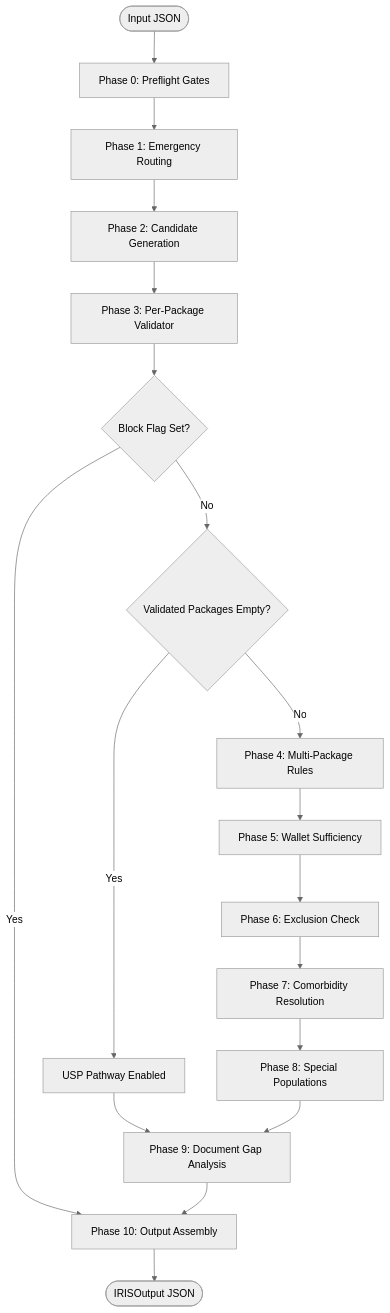
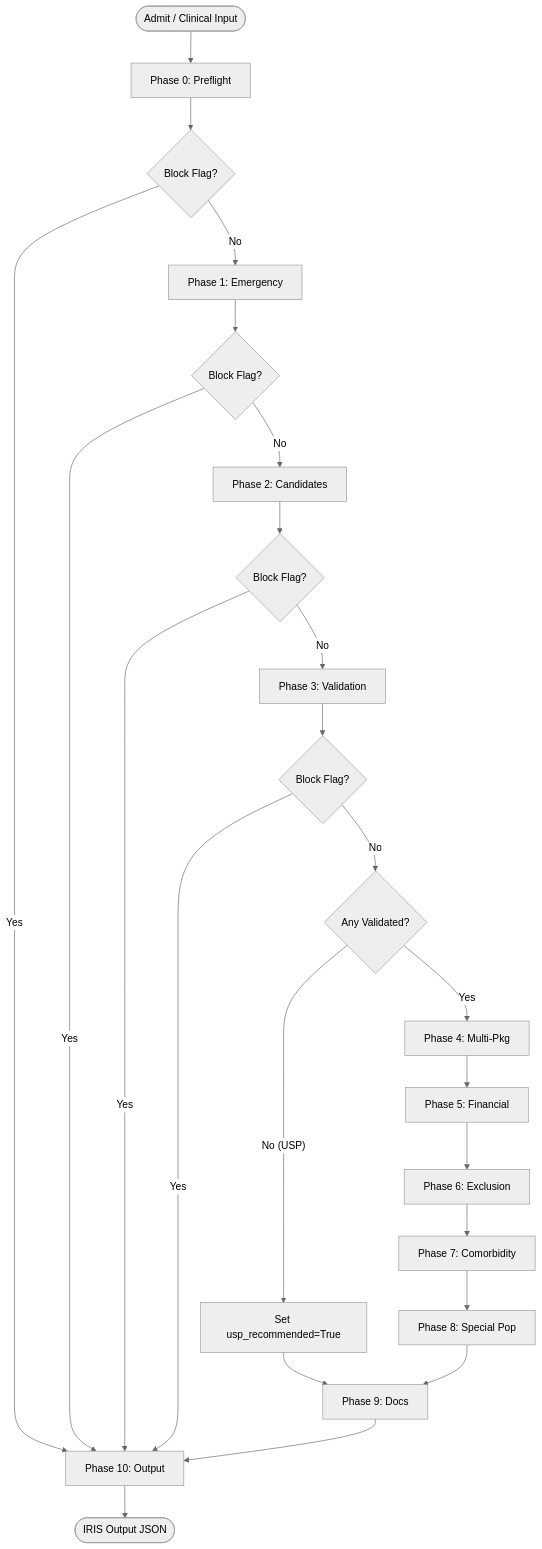
One commit to Hanneeth/1hat-phase-1 changed the diagram in SYSTEM_DESIGN.md. Above: the diagram before and after it, drawn with Mermaid (neutral theme). The commit also changed other lines of this file and 39 other files, not shown here.

````diff
--- a/SYSTEM_DESIGN.md
+++ b/SYSTEM_DESIGN.md
@@ -11,24 +22,29 @@
 ```mermaid
 flowchart TD
-    Start([Input JSON]) --> P0[Phase 0: Preflight Gates]
-    P0 --> P1[Phase 1: Emergency Routing]
-    P1 --> P2[Phase 2: Candidate Generation]
-    P2 --> P3[Phase 3: Per-Package Validator]
+    Start([Admit / Clinical Input]) --> P0[Phase 0: Preflight]
+    P0 --> C0{Block Flag?}
+    C0 -- Yes --> P10[Phase 10: Output]
+    C0 -- No --> P1[Phase 1: Emergency]
+    P1 --> C1{Block Flag?}
+    C1 -- Yes --> P10
+    C1 -- No --> P2[Phase 2: Candidates]
+    P2 --> C2{Block Flag?}
+    C2 -- Yes --> P10
+    C2 -- No --> P3[Phase 3: Validation]
+    P3 --> C3{Block Flag?}
+    C3 -- Yes --> P10
+    C3 -- No --> C3_Empty{Any Validated?}
     
-    P3 --> BlockCheck{Block Flag Set?}
-    BlockCheck -- Yes --> P10[Phase 10: Output Assembly]
-    BlockCheck -- No --> USPCheck{Validated Packages Empty?}
+    C3_Empty -- No (USP) --> USP_Set[Set usp_recommended=True]
+    USP_Set --> P9[Phase 9: Docs]
     
-    USPCheck -- Yes --> USP[USP Pathway Enabled]
-    USP --> P9[Phase 9: Document Gap Analysis]
-    
-    USPCheck -- No --> P4[Phase 4: Multi-Package Rules]
-    P4 --> P5[Phase 5: Wallet Sufficiency]
-    P5 --> P6[Phase 6: Exclusion Check]
-    P6 --> P7[Phase 7: Comorbidity Resolution]
-    P7 --> P8[Phase 8: Special Populations]
+    C3_Empty -- Yes --> P4[Phase 4: Multi-Pkg]
+    P4 --> P5[Phase 5: Financial]
+    P5 --> P6[Phase 6: Exclusion]
+    P6 --> P7[Phase 7: Comorbidity]
+    P7 --> P8[Phase 8: Special Pop]
     P8 --> P9
     
     P9 --> P10
-    P10 --> End([IRISOutput JSON])
+    P10 --> End([IRIS Output JSON])
 ```
````
